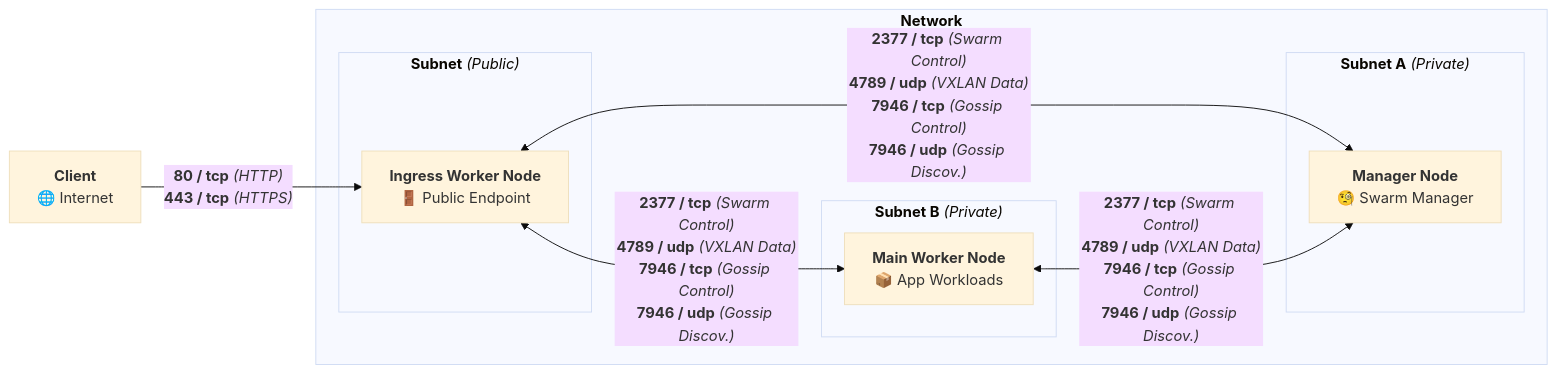
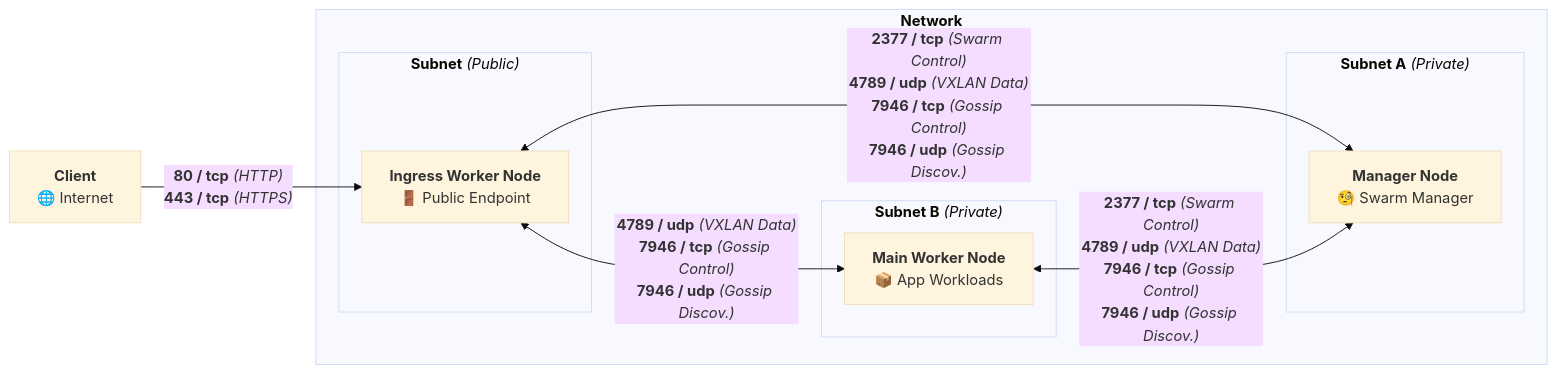
The diagram in README.md (cloud-skeleton/prerequisites), drawn with Mermaid (base theme) before and after one commit.

Commit message:
no 2377 between workers

````diff
--- a/README.md
+++ b/README.md
@@ -21,27 +21,27 @@
 ```mermaid
 graph LR
 
   external_client["<b>Client</b><br>🌐 Internet"]
 
   subgraph "<b>Network</b>"
     subgraph "<b>Subnet</b> <i>(Public)</i>"
       ingress["<b>Ingress Worker Node</b><br>🚪 Public Endpoint"]
     end
 
     subgraph "<b>Subnet A</b> <i>(Private)</i>"
       manager["<b>Manager Node</b><br>🧐 Swarm Manager"]
     end
 
     subgraph "<b>Subnet B</b> <i>(Private)</i>"
       worker["<b>Main Worker Node</b><br>📦 App Workloads"]
     end
   end
 
   external_client -->|"<b>80 / tcp</b> <i>(HTTP)</i><br><b>443 / tcp</b> <i>(HTTPS)</i>"| ingress
 
-  ingress <-->|"<b>2377 / tcp</b> <i>(Swarm Control)</i><br><b>4789 / udp</b> <i>(VXLAN Data)</i><br><b>7946 / tcp</b> <i>(Gossip Control)</i><br><b>7946 / udp</b> <i>(Gossip Discov.)</i>"| worker
+  ingress <-->|"<b>4789 / udp</b> <i>(VXLAN Data)</i><br><b>7946 / tcp</b> <i>(Gossip Control)</i><br><b>7946 / udp</b> <i>(Gossip Discov.)</i>"| worker
 
   ingress <-->|"<b>2377 / tcp</b> <i>(Swarm Control)</i><br><b>4789 / udp</b> <i>(VXLAN Data)</i><br><b>7946 / tcp</b> <i>(Gossip Control)</i><br><b>7946 / udp</b> <i>(Gossip Discov.)</i>"| manager
 
   worker <-->|"<b>2377 / tcp</b> <i>(Swarm Control)</i><br><b>4789 / udp</b> <i>(VXLAN Data)</i><br><b>7946 / tcp</b> <i>(Gossip Control)</i><br><b>7946 / udp</b> <i>(Gossip Discov.)</i>"| manager
 ```
````
